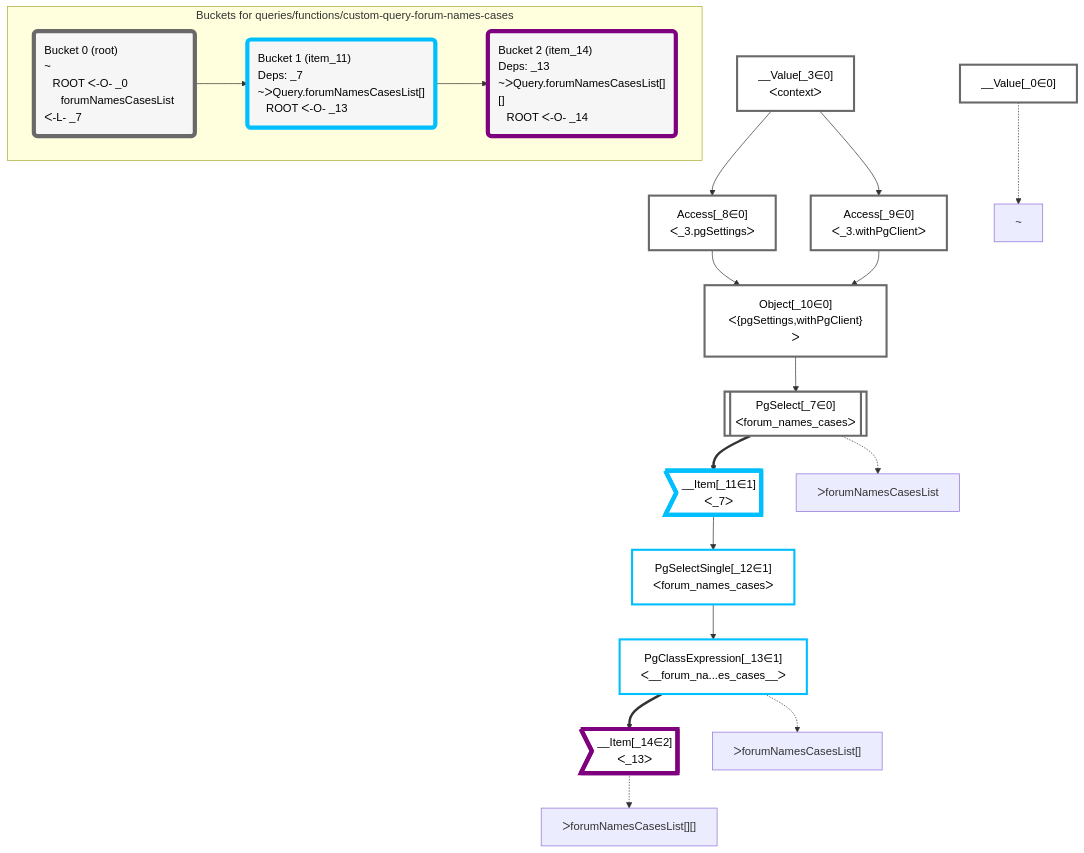
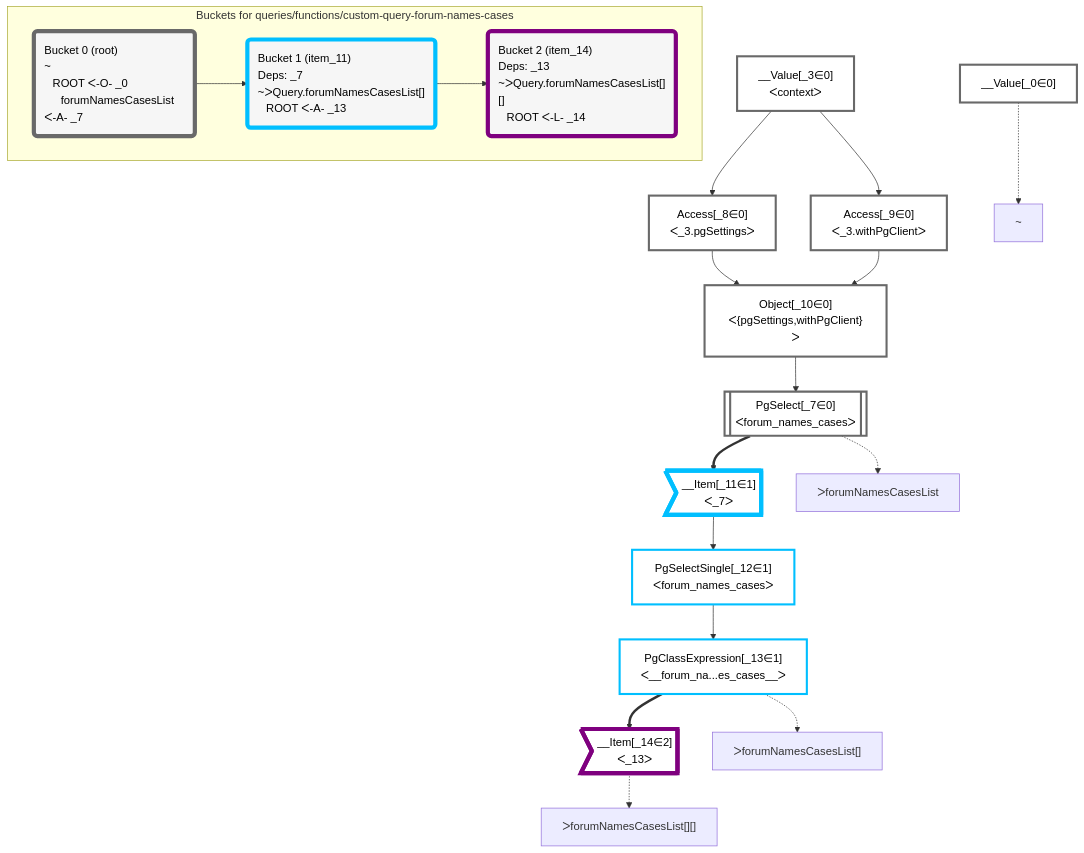
The diagram in packages/dataplan-pg/__tests__/queries/functions/custom-query-forum-names-cases.mermaid.md (graphile/crystal), drawn with Mermaid before and after one commit. The commit also changed 13 other files, not shown here.

````diff
--- a/packages/dataplan-pg/__tests__/queries/functions/custom-query-forum-names-cases.mermaid.md
+++ b/packages/dataplan-pg/__tests__/queries/functions/custom-query-forum-names-cases.mermaid.md
@@ -1,61 +1,61 @@
 ```mermaid
 graph TD
     classDef path fill:#eee,stroke:#000,color:#000
     classDef plan fill:#fff,stroke-width:3px,color:#000
     classDef itemplan fill:#fff,stroke-width:6px,color:#000
     classDef sideeffectplan fill:#f00,stroke-width:6px,color:#000
     classDef bucket fill:#f6f6f6,color:#000,stroke-width:6px,text-align:left
 
 
     %% define plans
     __Value_0["__Value[_0∈0]"]:::plan
     __Value_3["__Value[_3∈0]<br />ᐸcontextᐳ"]:::plan
     PgSelect_7[["PgSelect[_7∈0]<br />ᐸforum_names_casesᐳ"]]:::plan
     Access_8["Access[_8∈0]<br />ᐸ_3.pgSettingsᐳ"]:::plan
     Access_9["Access[_9∈0]<br />ᐸ_3.withPgClientᐳ"]:::plan
     Object_10["Object[_10∈0]<br />ᐸ{pgSettings,withPgClient}ᐳ"]:::plan
     __Item_11>"__Item[_11∈1]<br />ᐸ_7ᐳ"]:::itemplan
     PgSelectSingle_12["PgSelectSingle[_12∈1]<br />ᐸforum_names_casesᐳ"]:::plan
     PgClassExpression_13["PgClassExpression[_13∈1]<br />ᐸ__forum_na...es_cases__ᐳ"]:::plan
     __Item_14>"__Item[_14∈2]<br />ᐸ_13ᐳ"]:::itemplan
 
     %% plan dependencies
     Object_10 --> PgSelect_7
     __Value_3 --> Access_8
     __Value_3 --> Access_9
     Access_8 --> Object_10
     Access_9 --> Object_10
     PgSelect_7 ==> __Item_11
     __Item_11 --> PgSelectSingle_12
     PgSelectSingle_12 --> PgClassExpression_13
     PgClassExpression_13 ==> __Item_14
 
     %% plan-to-path relationships
     P_0["~"]
     __Value_0 -.-> P_0
     P_7["ᐳforumNamesCasesList"]
     PgSelect_7 -.-> P_7
     P_13["ᐳforumNamesCasesList[]"]
     PgClassExpression_13 -.-> P_13
     P_14["ᐳforumNamesCasesList[][]"]
     __Item_14 -.-> P_14
 
     %% allocate buckets
     classDef bucket0 stroke:#696969
     class __Value_0,__Value_3,PgSelect_7,Access_8,Access_9,Object_10 bucket0
     classDef bucket1 stroke:#00bfff
     class __Item_11,PgSelectSingle_12,PgClassExpression_13 bucket1
     classDef bucket2 stroke:#7f007f
     class __Item_14 bucket2
 
     subgraph "Buckets for queries/functions/custom-query-forum-names-cases"
-    Bucket0("Bucket 0 (root)<br />~<br />⠀ROOT ᐸ-O- _0<br />⠀⠀forumNamesCasesList ᐸ-L- _7"):::bucket
+    Bucket0("Bucket 0 (root)<br />~<br />⠀ROOT ᐸ-O- _0<br />⠀⠀forumNamesCasesList ᐸ-A- _7"):::bucket
     style Bucket0 stroke:#696969
-    Bucket1("Bucket 1 (item_11)<br />Deps: _7<br />~ᐳQuery.forumNamesCasesList[]<br />⠀ROOT ᐸ-O- _13"):::bucket
+    Bucket1("Bucket 1 (item_11)<br />Deps: _7<br />~ᐳQuery.forumNamesCasesList[]<br />⠀ROOT ᐸ-A- _13"):::bucket
     style Bucket1 stroke:#00bfff
     Bucket0 --> Bucket1
-    Bucket2("Bucket 2 (item_14)<br />Deps: _13<br />~ᐳQuery.forumNamesCasesList[][]<br />⠀ROOT ᐸ-O- _14"):::bucket
+    Bucket2("Bucket 2 (item_14)<br />Deps: _13<br />~ᐳQuery.forumNamesCasesList[][]<br />⠀ROOT ᐸ-L- _14"):::bucket
     style Bucket2 stroke:#7f007f
     Bucket1 --> Bucket2
     end
 ```
````
